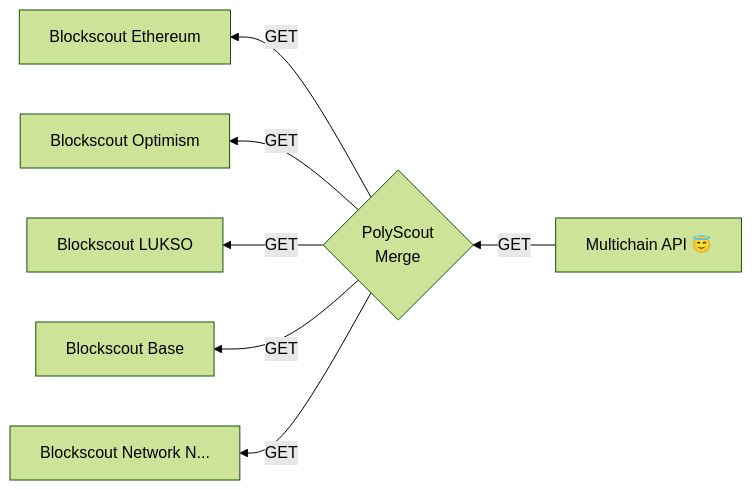
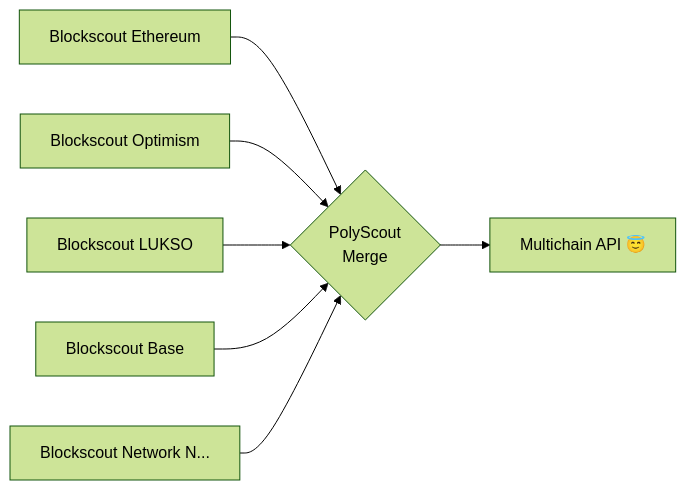
One commit to Hugoo/ETHBrussels-24 changed the diagram in README.md. Above: the diagram before and after it, drawn with Mermaid (forest theme).

Commit message:
Re change diagram

````diff
--- a/README.md
+++ b/README.md
@@ -26,10 +26,9 @@
 ```mermaid
-flowchart RL
-  P{PolyScout\n Merge } -- GET --> B1[Blockscout Ethereum]
-
-  P -- GET --> B2[Blockscout Optimism]
-  P -- GET --> B3[Blockscout LUKSO]
-  P -- GET --> B4[Blockscout Base]
-  P -- GET --> BN[Blockscout Network N...]
-  C[Multichain API 😇] -- GET -->  P
+flowchart LR
+  B1[Blockscout Ethereum] --> P{PolyScout\n Merge }
+  B2[Blockscout Optimism] --> P
+  B3[Blockscout LUKSO] --> P
+  B4[Blockscout Base] --> P
+  BN[Blockscout Network N...] --> P
+  P --> C[Multichain API 😇]
 ```
````
